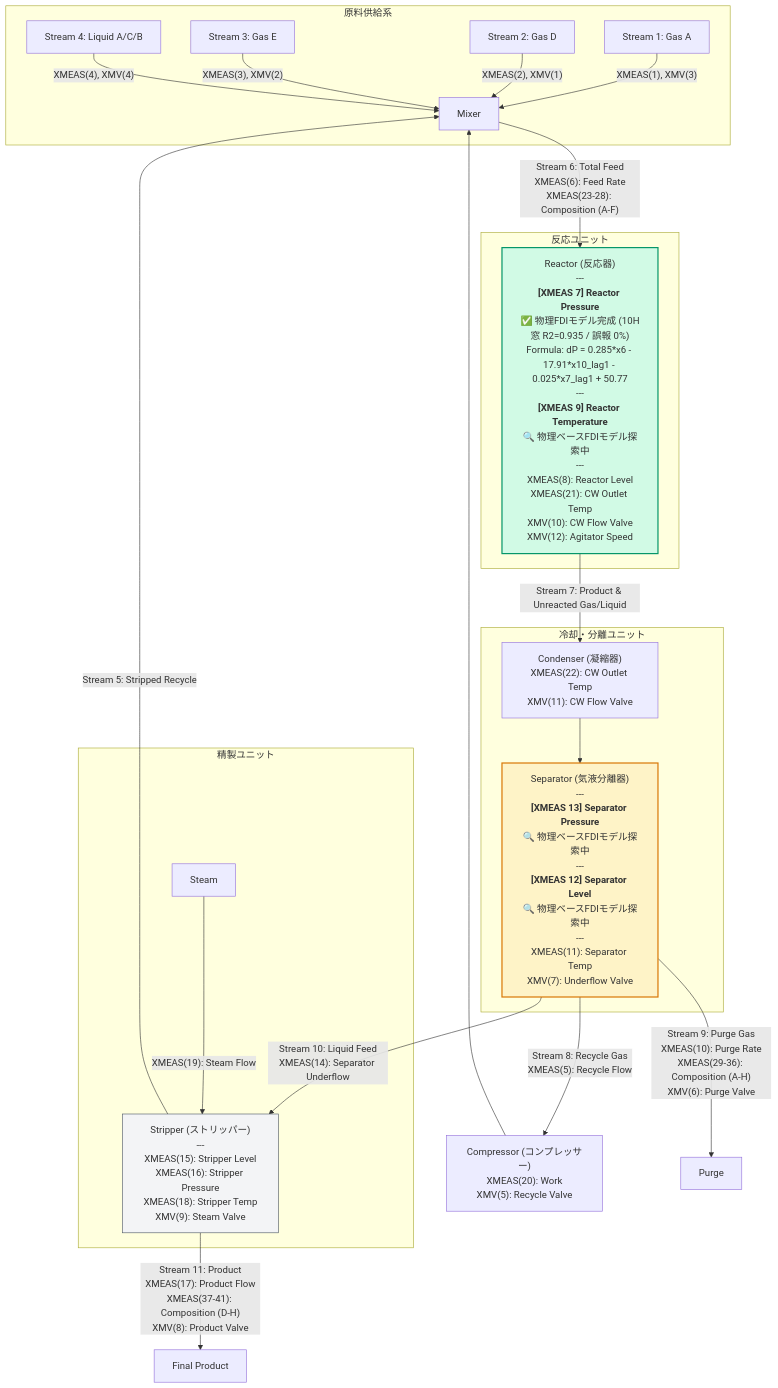
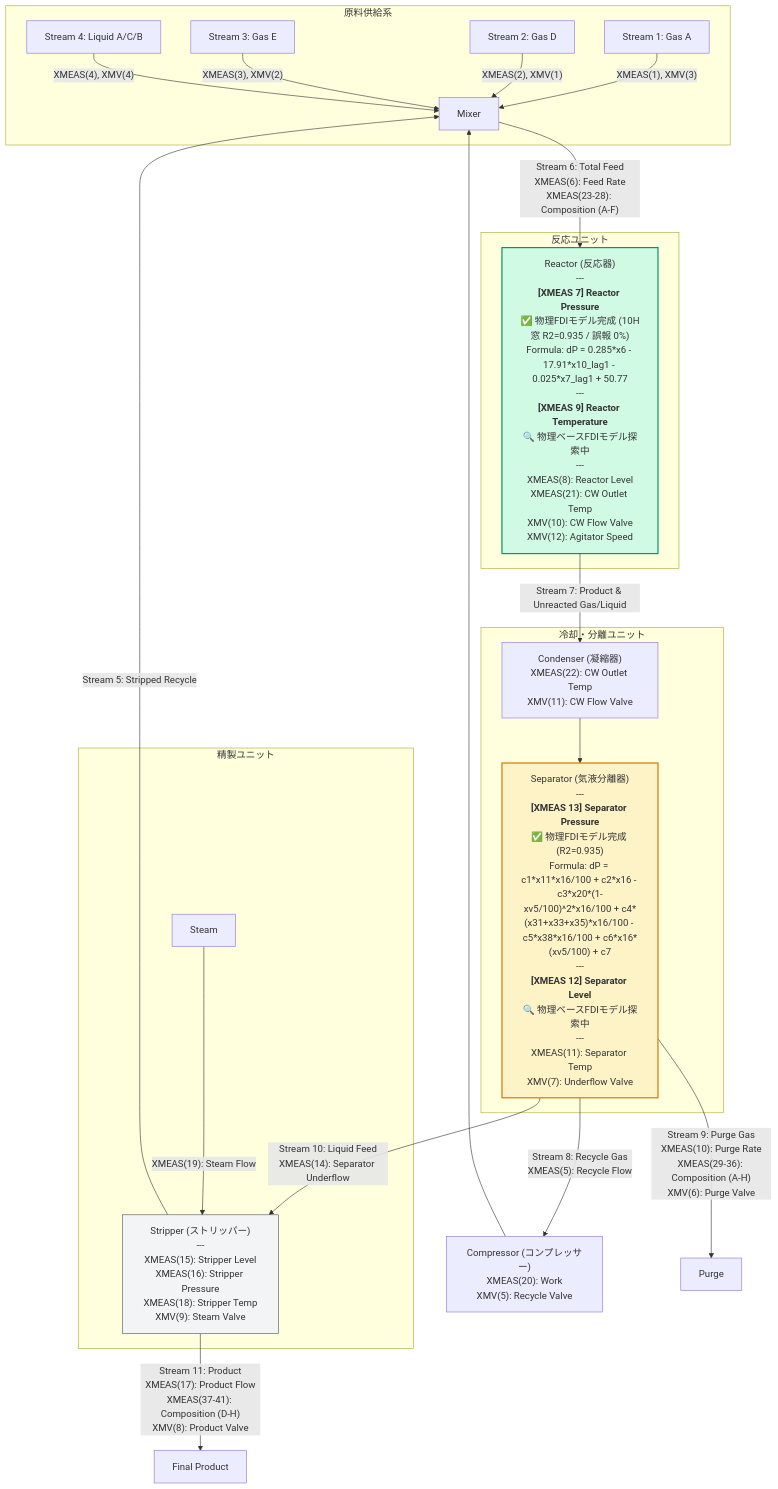
One commit to gotou8810/LLM-GP changed the diagram in TEP_FLOW_DIAGRAM.md. Above: the diagram before and after it, drawn with Mermaid. The commit also changed other lines of this file and 6 other files, not shown here.

````diff
--- a/TEP_FLOW_DIAGRAM.md
+++ b/TEP_FLOW_DIAGRAM.md
@@ -6,41 +6,41 @@
 ```mermaid
 graph TD
     subgraph Feeds [原料供給系]
         S1[Stream 1: Gas A] --> |"XMEAS(1), XMV(3)"| Mixer
         S2[Stream 2: Gas D] --> |"XMEAS(2), XMV(1)"| Mixer
         S3[Stream 3: Gas E] --> |"XMEAS(3), XMV(2)"| Mixer
         S4[Stream 4: Liquid A/C/B] --> |"XMEAS(4), XMV(4)"| Mixer
     end
 
     Mixer --> |"Stream 6: Total Feed<br/>XMEAS(6): Feed Rate<br/>XMEAS(23-28): Composition (A-F)"| Reactor
 
     subgraph ReactorUnit [反応ユニット]
         Reactor["Reactor (反応器)<br/>---<br/><b>[XMEAS 7] Reactor Pressure</b><br/>✅ 物理FDIモデル完成 (10H窓 R2=0.935 / 誤報 0%)<br/>Formula: dP = 0.285*x6 - 17.91*x10_lag1 - 0.025*x7_lag1 + 50.77<br/>---<br/><b>[XMEAS 9] Reactor Temperature</b><br/>🔍 物理ベースFDIモデル探索中<br/>---<br/>XMEAS(8): Reactor Level<br/>XMEAS(21): CW Outlet Temp<br/>XMV(10): CW Flow Valve<br/>XMV(12): Agitator Speed"]
     end
 
     Reactor --> |"Stream 7: Product & Unreacted Gas/Liquid"| Condenser
 
     subgraph CoolingUnit [冷却・分離ユニット]
-        Condenser["Condenser (凝縮器)<br/>XMEAS(22): CW Outlet Temp<br/>XMV(11): CW Flow Valve"] --> Separator["Separator (気液分離器)<br/>---<br/><b>[XMEAS 13] Separator Pressure</b><br/>🔍 物理ベースFDIモデル探索中<br/>---<br/><b>[XMEAS 12] Separator Level</b><br/>🔍 物理ベースFDIモデル探索中<br/>---<br/>XMEAS(11): Separator Temp<br/>XMV(7): Underflow Valve"]
+        Condenser["Condenser (凝縮器)<br/>XMEAS(22): CW Outlet Temp<br/>XMV(11): CW Flow Valve"] --> Separator["Separator (気液分離器)<br/>---<br/><b>[XMEAS 13] Separator Pressure</b><br/>✅ 物理FDIモデル完成 (R2=0.935)<br/>Formula: dP = c1*x11*x16/100 + c2*x16 - c3*x20*(1-xv5/100)^2*x16/100 + c4*(x31+x33+x35)*x16/100 - c5*x38*x16/100 + c6*x16*(xv5/100) + c7<br/>---<br/><b>[XMEAS 12] Separator Level</b><br/>🔍 物理ベースFDIモデル探索中<br/>---<br/>XMEAS(11): Separator Temp<br/>XMV(7): Underflow Valve"]
     end
 
     Separator --> |"Stream 8: Recycle Gas<br/>XMEAS(5): Recycle Flow"| Compressor["Compressor (コンプレッサー)<br/>XMEAS(20): Work<br/>XMV(5): Recycle Valve"]
     Compressor --> Mixer
 
     Separator --> |"Stream 9: Purge Gas<br/>XMEAS(10): Purge Rate<br/>XMEAS(29-36): Composition (A-H)<br/>XMV(6): Purge Valve"| Purge[Purge]
 
     Separator --> |"Stream 10: Liquid Feed<br/>XMEAS(14): Separator Underflow"| Stripper
 
     subgraph StrippingUnit [精製ユニット]
         Stripper["Stripper (ストリッパー)<br/>---<br/>XMEAS(15): Stripper Level<br/>XMEAS(16): Stripper Pressure<br/>XMEAS(18): Stripper Temp<br/>XMV(9): Steam Valve"]
         Steam[Steam] --> |"XMEAS(19): Steam Flow"| Stripper
     end
 
     Stripper --> |"Stream 5: Stripped Recycle"| Mixer
     Stripper --> |"Stream 11: Product<br/>XMEAS(17): Product Flow<br/>XMEAS(37-41): Composition (D-H)<br/>XMV(8): Product Valve"| Product[Final Product]
 
     %% ステータスに応じた色分け (完成を緑、探索中をオレンジ点灯へ)
     style Reactor fill:#d1fae5,stroke:#059669,stroke-width:2px
     style Separator fill:#fef3c7,stroke:#d97706,stroke-width:2px
     style Stripper fill:#f3f4f6,stroke:#4b5563
 ```
````
